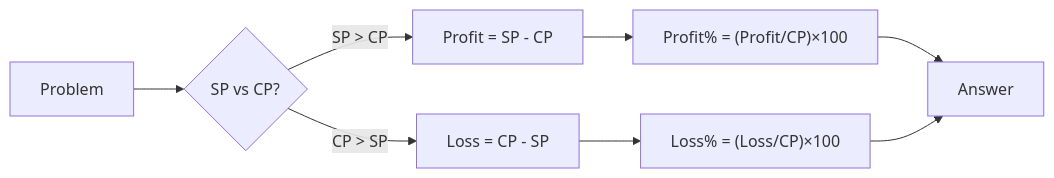
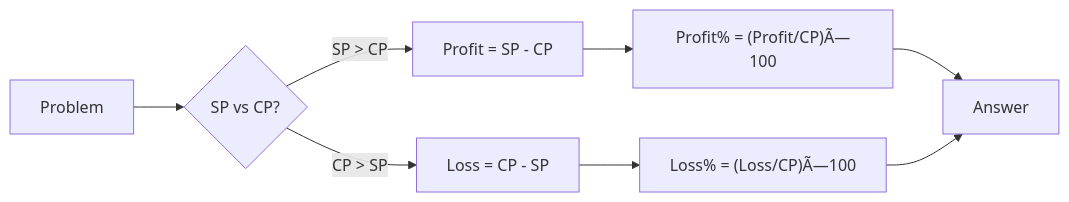
One commit to Raushan666java/ai-engineering-journey changed the second of 11 diagrams in docs/courses/quantitative-aptitude/01-arithmetic-foundation.md. Above: the diagram before and after it, drawn with Mermaid. The commit also changed other lines of this file and 735 other files, not shown here.

````diff
--- a/docs/courses/quantitative-aptitude/01-arithmetic-foundation.md
+++ b/docs/courses/quantitative-aptitude/01-arithmetic-foundation.md
@@ -252,10 +252,10 @@
 ```mermaid
 flowchart LR
     A["Problem"] --> B{"SP vs CP?"}
     B -->|"SP > CP"| C["Profit = SP - CP"]
     B -->|"CP > SP"| D["Loss = CP - SP"]
-    C --> E["Profit% = (Profit/CP)×100"]
-    D --> F["Loss% = (Loss/CP)×100"]
+    C --> E["Profit% = (Profit/CP)Ã—100"]
+    D --> F["Loss% = (Loss/CP)Ã—100"]
     E --> G["Answer"]
     F --> G
 ```
````
